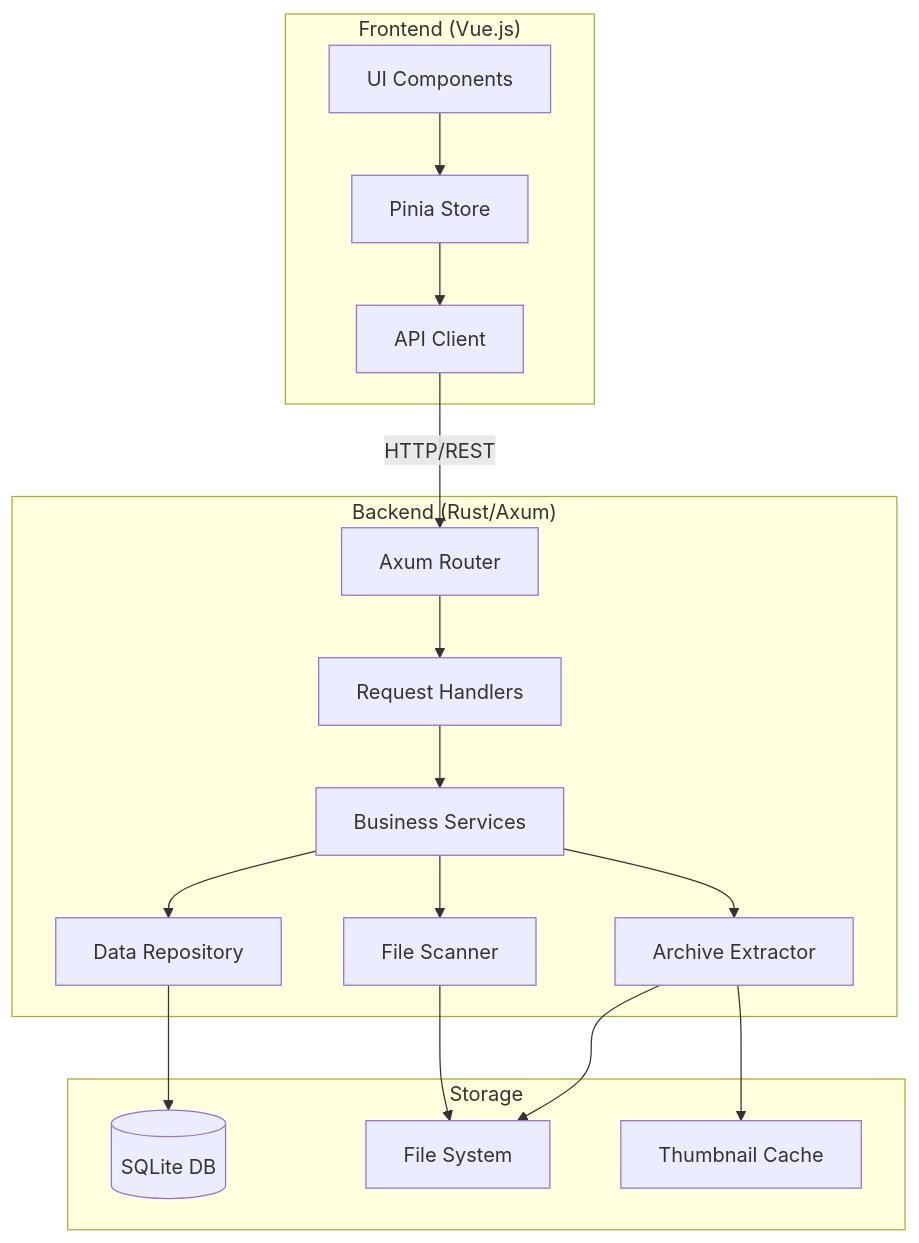
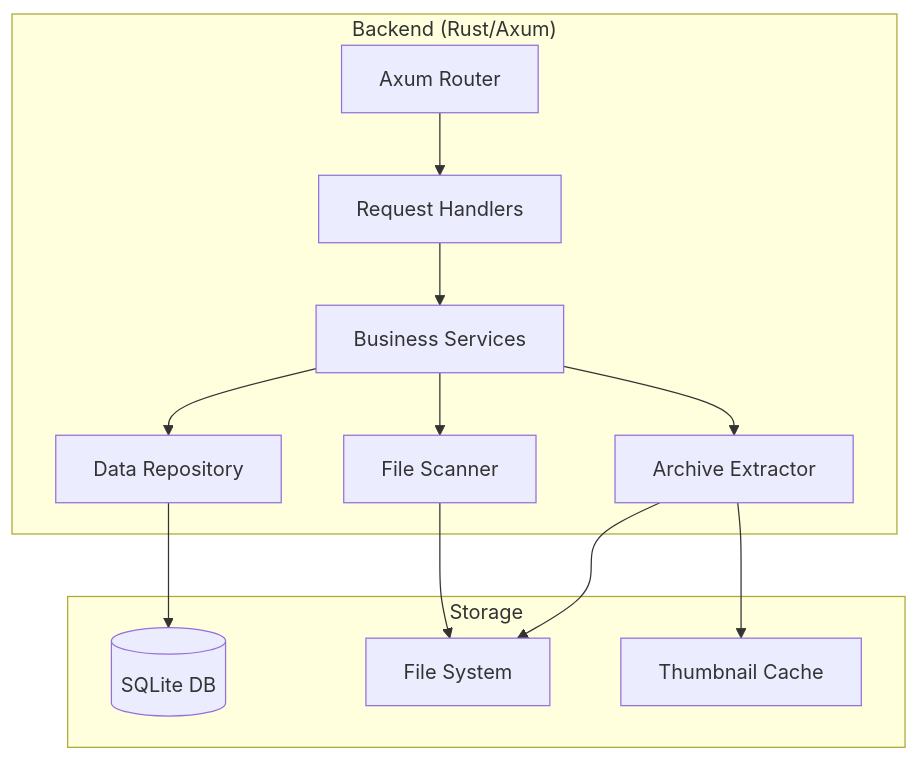
One commit to TnZzZHlp/Ryuri changed the first of 2 diagrams in .kiro/specs/comic-reader/design.md. Above: the diagram before and after it, drawn with Mermaid. The commit also changed other lines of this file and 1 other file, not shown here.

````diff
--- a/.kiro/specs/comic-reader/design.md
+++ b/.kiro/specs/comic-reader/design.md
@@ -15,36 +14,27 @@
 ```mermaid
 graph TB
-    subgraph Frontend["Frontend (Vue.js)"]
-        UI[UI Components]
-        Store[Pinia Store]
-        API[API Client]
-    end
-    
     subgraph Backend["Backend (Rust/Axum)"]
         Router[Axum Router]
         Handlers[Request Handlers]
         Services[Business Services]
         Repository[Data Repository]
         FileScanner[File Scanner]
         ArchiveExtractor[Archive Extractor]
     end
     
     subgraph Storage["Storage"]
         SQLite[(SQLite DB)]
         FileSystem[File System]
         Cache[Thumbnail Cache]
     end
     
-    UI --> Store
-    Store --> API
-    API -->|HTTP/REST| Router
     Router --> Handlers
     Handlers --> Services
     Services --> Repository
     Services --> FileScanner
     Services --> ArchiveExtractor
     Repository --> SQLite
     FileScanner --> FileSystem
     ArchiveExtractor --> FileSystem
     ArchiveExtractor --> Cache
 ```
````
